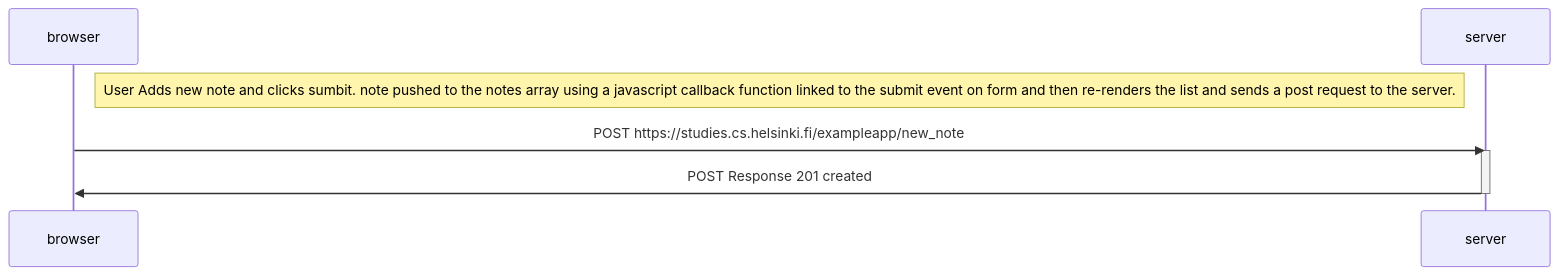
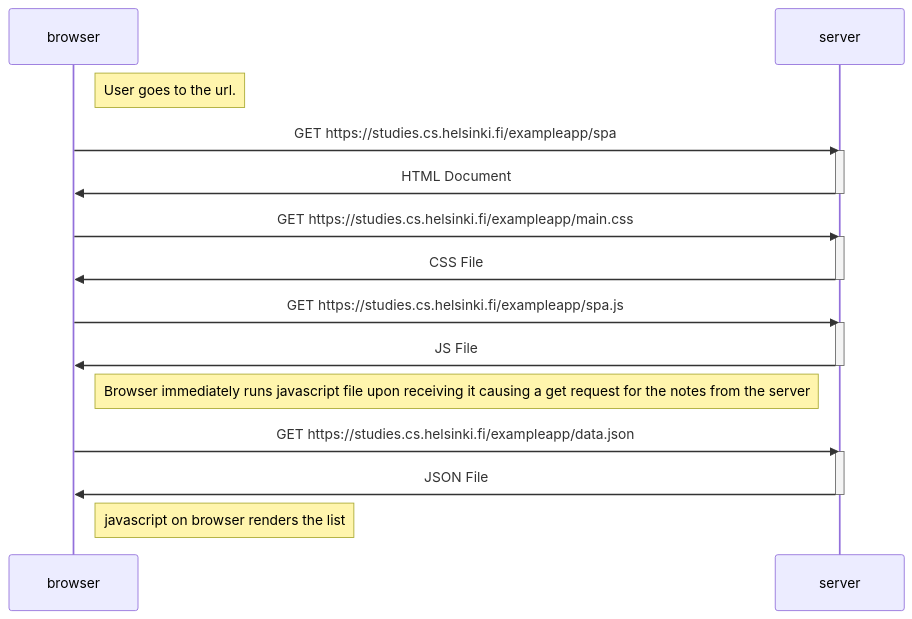
One commit to WeKiBan/fullStackOpen changed the diagram in part0/exercise-5.md. Above: the diagram before and after it, drawn with Mermaid. The commit also changed 1 other file, not shown here.

Commit message:
feat: exercise 5

````diff
--- a/part0/exercise-5.md
+++ b/part0/exercise-5.md
@@ -1,10 +1,24 @@
 ```mermaid
 sequenceDiagram
 participant browser
 participant server
-Note right of browser: User Adds new note and clicks sumbit. note pushed to the notes array using a javascript callback function linked to the submit event on form and then re-renders the list and sends a post request to the server.
-browser->>server: POST https://studies.cs.helsinki.fi/exampleapp/new_note
+Note right of browser: User goes to the url.
+browser->>server: GET https://studies.cs.helsinki.fi/exampleapp/spa
 activate server
-server->>browser: POST Response 201 created
+server->>browser: HTML Document
 deactivate server
+browser->>server: GET https://studies.cs.helsinki.fi/exampleapp/main.css
+activate server
+server->>browser: CSS File
+deactivate server
+browser->>server: GET https://studies.cs.helsinki.fi/exampleapp/spa.js
+activate server 
+server->>browser: JS File 
+deactivate server
+Note right of browser: Browser immediately runs javascript file upon receiving it causing a get request for the notes from the server
+browser->>server: GET https://studies.cs.helsinki.fi/exampleapp/data.json
+activate server
+server->>browser: JSON File
+deactivate server
+Note right of browser: javascript on browser renders the list
 ```
````
